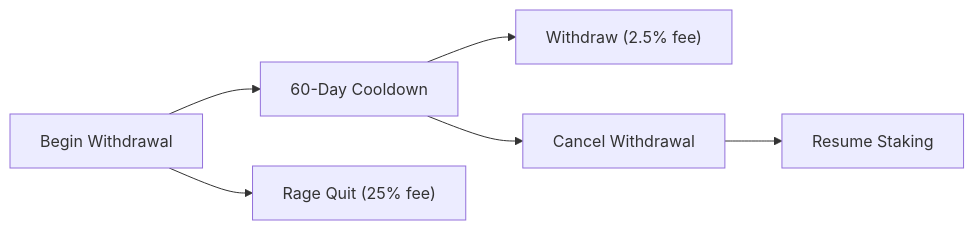
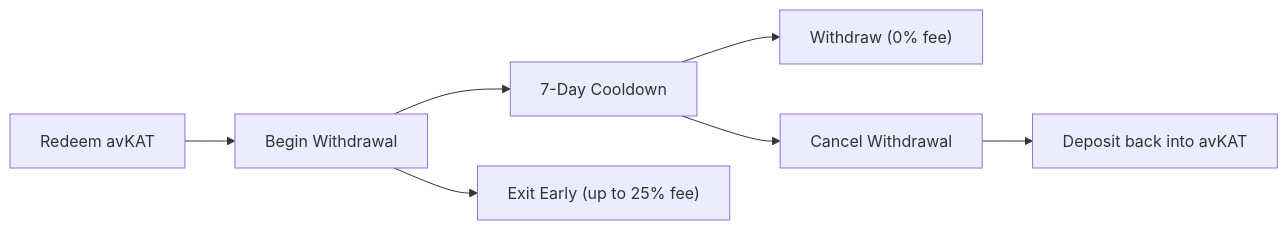
The diagram in docs/katana/how-to/kat-unstake-and-exit.md (katana-network/katana-docs), drawn with Mermaid before and after one commit. The commit also changed other lines of this file and 24 other files, not shown here.

````diff
--- a/docs/katana/how-to/kat-unstake-and-exit.md
+++ b/docs/katana/how-to/kat-unstake-and-exit.md
@@ -75,10 +60,9 @@
 ```mermaid
 graph LR
-    A["Begin Withdrawal"] --> B["60-Day Cooldown"]
-    %% TODO: switch back when cooldown becomes 45 days:
-    %% A["Begin Withdrawal"] --> B["45-Day Cooldown"]
-    B --> C["Withdraw (2.5% fee)"]
-    A --> D["Rage Quit (25% fee)"]
+    R["Redeem avKAT"] --> A["Begin Withdrawal"]
+    A --> B["7-Day Cooldown"]
+    B --> C["Withdraw (0% fee)"]
+    A --> D["Exit Early (up to 25% fee)"]
     B --> E["Cancel Withdrawal"]
-    E --> F["Resume Staking"]
+    E --> F["Deposit back into avKAT"]
 ```
````
